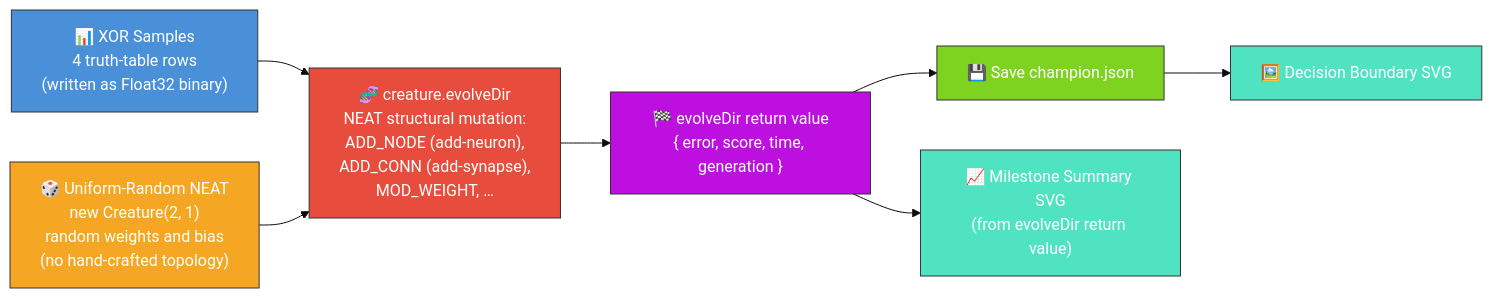
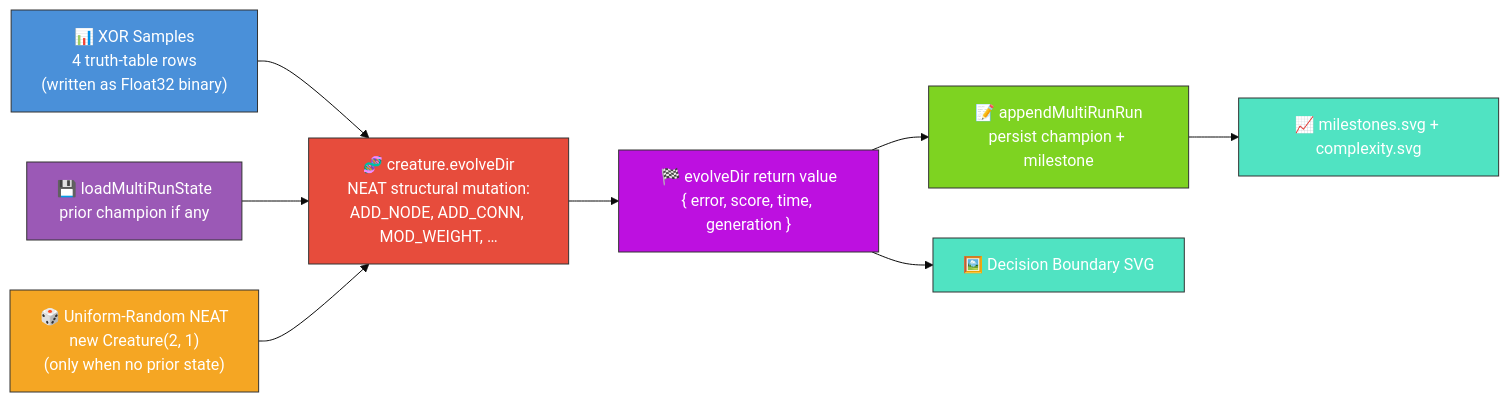
The first of 2 diagrams in xor_classification/README.md (stSoftwareAU/NEAT-AI-Examples), drawn with Mermaid (base theme) before and after one commit. The commit also changed other lines of this file and 10 other files, not shown here.

First line of the commit message:
xor_classification: wire multi-run persistence and aggregate charts (#326)

````diff
--- a/xor_classification/README.md
+++ b/xor_classification/README.md
@@ -29,25 +29,28 @@
 ```mermaid
 flowchart LR
     DATA["📊 XOR Samples<br/>4 truth-table rows<br/>(written as Float32 binary)"]
-    SEED["🎲 Uniform-Random NEAT<br/>new Creature(2, 1)<br/>random weights and bias<br/>(no hand-crafted topology)"]
-    EVOLVE["🧬 creature.evolveDir<br/>NEAT structural mutation:<br/>ADD_NODE (add-neuron),<br/>ADD_CONN (add-synapse),<br/>MOD_WEIGHT, …"]
+    LOAD["💾 loadMultiRunState<br/>prior champion if any"]
+    SEED["🎲 Uniform-Random NEAT<br/>new Creature(2, 1)<br/>(only when no prior state)"]
+    EVOLVE["🧬 creature.evolveDir<br/>NEAT structural mutation:<br/>ADD_NODE, ADD_CONN, MOD_WEIGHT, …"]
     RETURN["🏁 evolveDir return value<br/>{ error, score, time, generation }"]
-    CHAMP["💾 Save champion.json"]
-    RENDER["🖼️ Decision Boundary SVG"]
-    SUMMARY["📈 Milestone Summary SVG<br/>(from evolveDir return value)"]
+    APPEND["📝 appendMultiRunRun<br/>persist champion + milestone"]
+    CHARTS["📈 milestones.svg + complexity.svg"]
+    BOUNDARY["🖼️ Decision Boundary SVG"]
 
     DATA --> EVOLVE
+    LOAD --> EVOLVE
     SEED --> EVOLVE
     EVOLVE --> RETURN
-    RETURN --> CHAMP
-    RETURN --> SUMMARY
-    CHAMP --> RENDER
+    RETURN --> APPEND
+    APPEND --> CHARTS
+    RETURN --> BOUNDARY
 
     style DATA fill:#4a90d9,stroke:#333,color:#fff
+    style LOAD fill:#9b59b6,stroke:#333,color:#fff
     style SEED fill:#f5a623,stroke:#333,color:#fff
     style EVOLVE fill:#e74c3c,stroke:#333,color:#fff
     style RETURN fill:#bd10e0,stroke:#333,color:#fff
-    style CHAMP fill:#7ed321,stroke:#333,color:#fff
-    style RENDER fill:#50e3c2,stroke:#333,color:#fff
-    style SUMMARY fill:#50e3c2,stroke:#333,color:#fff
+    style APPEND fill:#7ed321,stroke:#333,color:#fff
+    style CHARTS fill:#50e3c2,stroke:#333,color:#fff
+    style BOUNDARY fill:#50e3c2,stroke:#333,color:#fff
 ```
````
